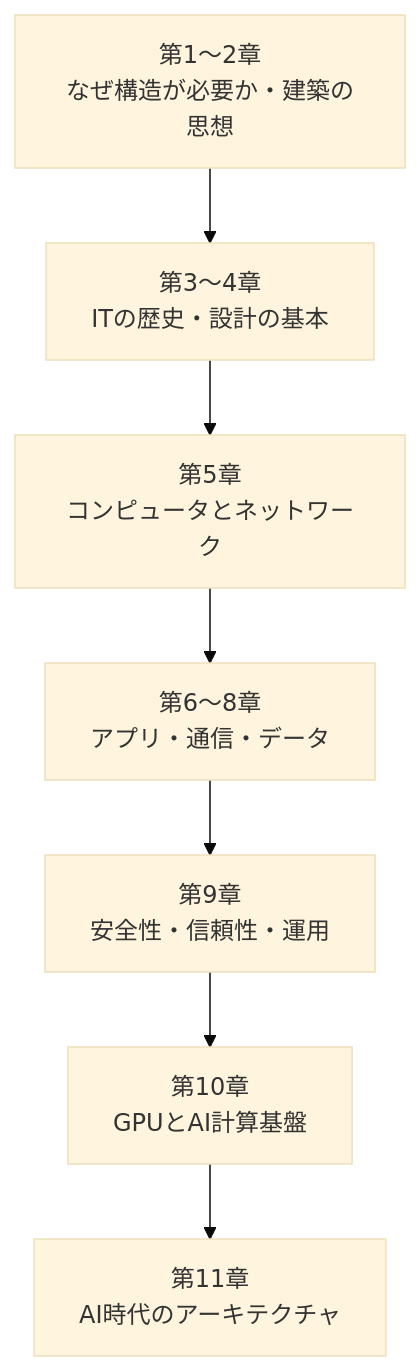
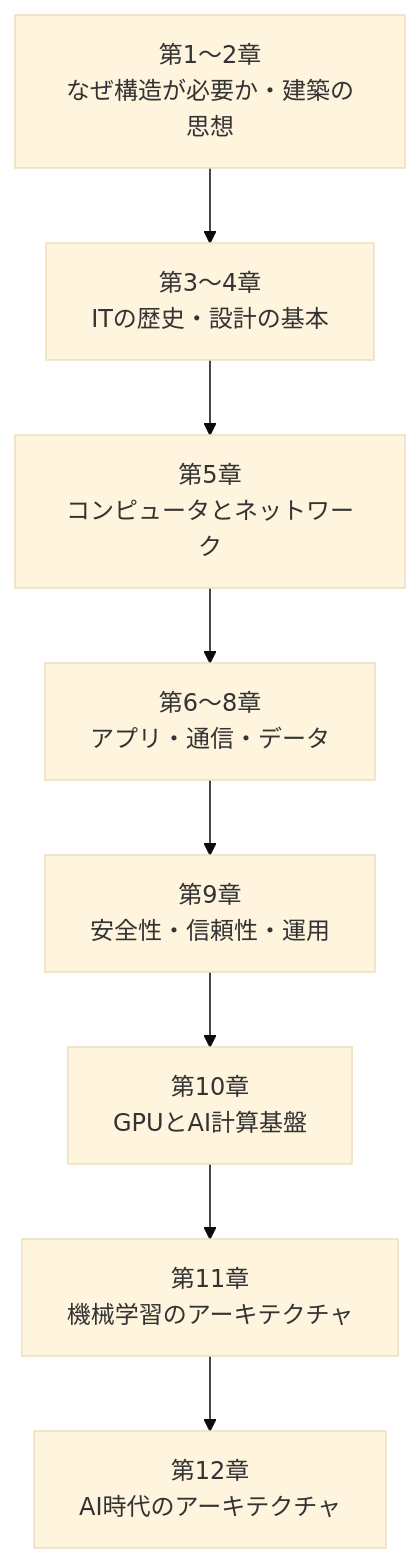
The first of 2 diagrams in src/content/tech/architecture/00-preface.md (mutomasa/engineering-research-portfolio), drawn with Mermaid (base theme) before and after one commit. The commit also changed other lines of this file and 11 other files, not shown here.

First line of the commit message:
Add a machine learning architecture chapter to the Architecture book

````diff
--- a/src/content/tech/architecture/00-preface.md
+++ b/src/content/tech/architecture/00-preface.md
@@ -48,9 +49,10 @@
 ```mermaid
 flowchart TD
     A["第1〜2章<br/>なぜ構造が必要か・建築の思想"] --> B["第3〜4章<br/>ITの歴史・設計の基本"]
     B --> C["第5章<br/>コンピュータとネットワーク"]
     C --> D["第6〜8章<br/>アプリ・通信・データ"]
     D --> E["第9章<br/>安全性・信頼性・運用"]
     E --> F["第10章<br/>GPUとAI計算基盤"]
-    F --> G["第11章<br/>AI時代のアーキテクチャ"]
+    F --> M["第11章<br/>機械学習のアーキテクチャ"]
+    M --> G["第12章<br/>AI時代のアーキテクチャ"]
 ```
````
